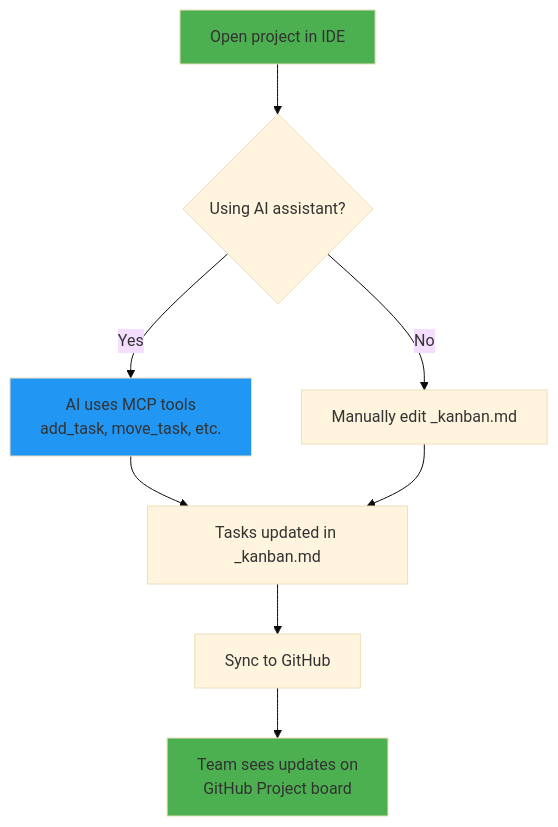
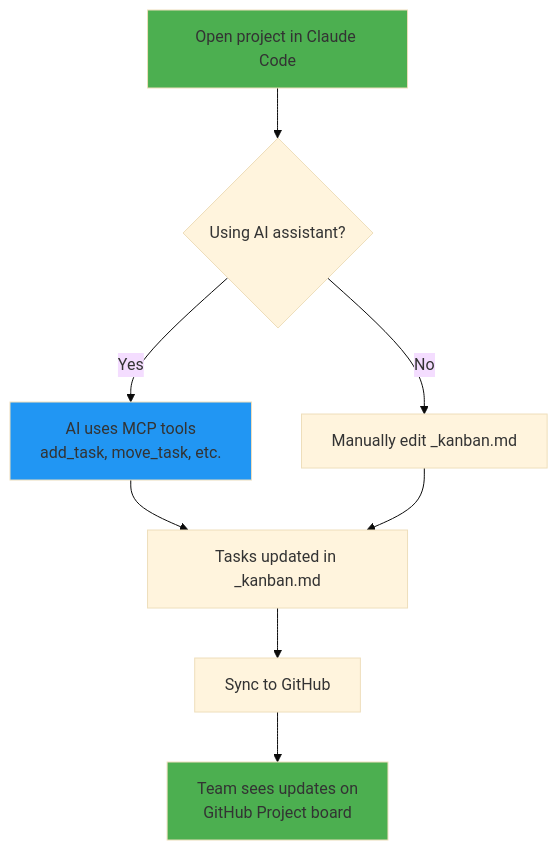
One commit to earlyprototype/kanbanger changed the third of 3 diagrams in docs/setup-flow.md. Above: the diagram before and after it, drawn with Mermaid (base theme). The commit also changed other lines of this file and 3 other files, not shown here.

First line of the commit message:
docs: replace deprecated Cursor wizard refs with current setup-venv.py flow

````diff
--- a/docs/setup-flow.md
+++ b/docs/setup-flow.md
@@ -45,17 +46,17 @@
 ```mermaid
 graph TD
-    Open[Open project in IDE] --> AI{Using AI assistant?}
-    
+    Open[Open project in Claude Code] --> AI{Using AI assistant?}
+
     AI -->|Yes| MCP[AI uses MCP tools<br/>add_task, move_task, etc.]
     AI -->|No| Manual[Manually edit _kanban.md]
-    
+
     MCP --> Tasks[Tasks updated in _kanban.md]
     Manual --> Tasks
-    
+
     Tasks --> Sync[Sync to GitHub]
     Sync --> Team[Team sees updates on<br/>GitHub Project board]
-    
+
     style Open fill:#4CAF50
     style MCP fill:#2196F3
     style Team fill:#4CAF50
 ```
````
